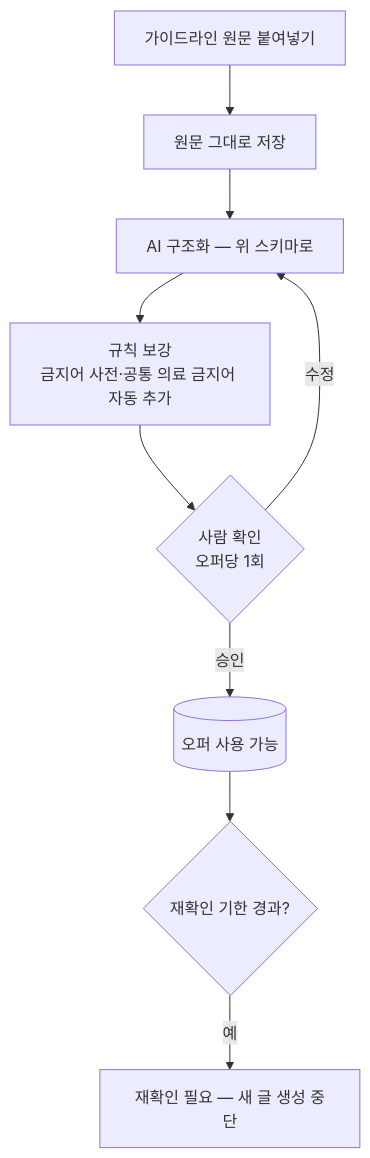
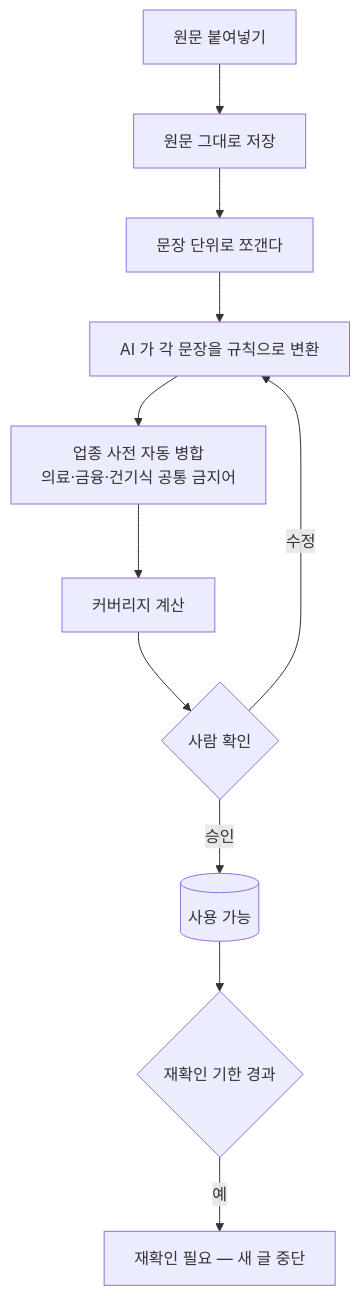
Before and after one commit to jteen-lab/blogauto_v2: the diagram in services/republish/docs/plans/cpa_affiliate_plan.md, drawn with Mermaid. The commit also changed other lines of this file, not shown here.

````diff
--- a/services/republish/docs/plans/cpa_affiliate_plan.md
+++ b/services/republish/docs/plans/cpa_affiliate_plan.md
@@ -121,11 +111,13 @@
 ```mermaid
 flowchart TD
-    A[가이드라인 원문 붙여넣기] --> B[원문 그대로 저장]
-    B --> C[AI 구조화 — 위 스키마로]
-    C --> D[규칙 보강<br/>금지어 사전·공통 의료 금지어 자동 추가]
-    D --> E{사람 확인<br/>오퍼당 1회}
-    E -->|수정| C
-    E -->|승인| F[(오퍼 사용 가능)]
-    F --> G{재확인 기한 경과?}
-    G -->|예| H[재확인 필요 — 새 글 생성 중단]
+    A[원문 붙여넣기] --> B[원문 그대로 저장]
+    B --> C[문장 단위로 쪼갠다]
+    C --> D[AI 가 각 문장을 규칙으로 변환]
+    D --> E[업종 사전 자동 병합<br/>의료·금융·건기식 공통 금지어]
+    E --> F[커버리지 계산]
+    F --> G{사람 확인}
+    G -->|수정| D
+    G -->|승인| H[(사용 가능)]
+    H --> I{재확인 기한 경과}
+    I -->|예| J[재확인 필요 — 새 글 중단]
 ```
````
